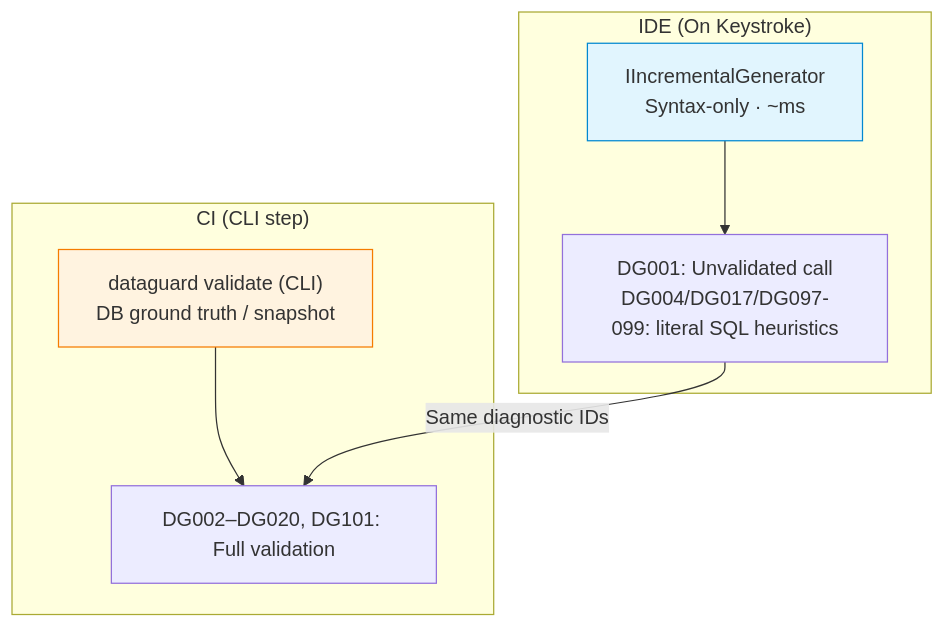
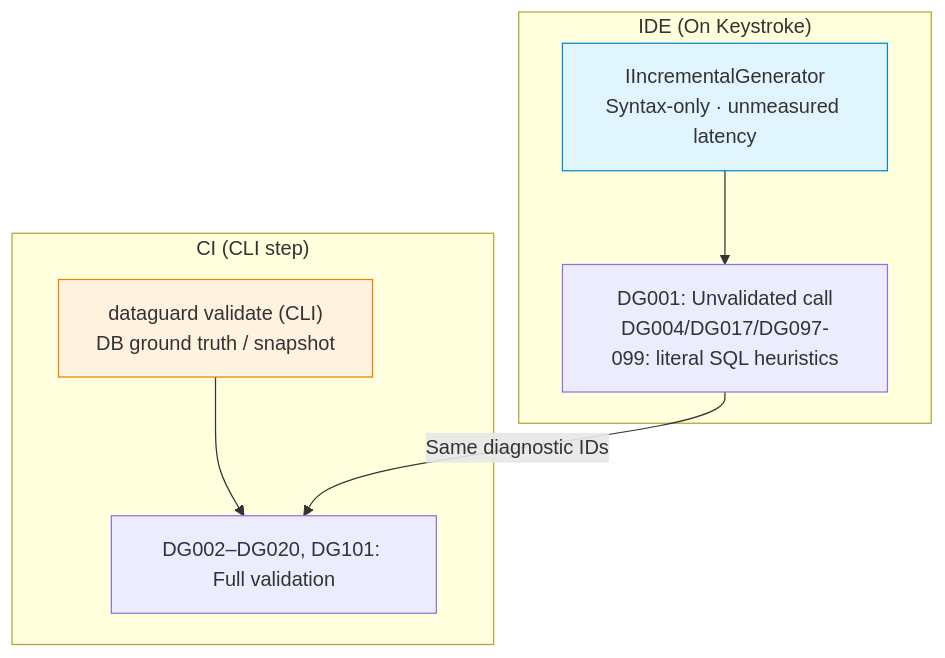
The sixth of 8 diagrams in docs/02-architecture/design-philosophy.md (thanhnt-sm/eco_support_net_oracle), drawn with Mermaid before and after one commit. The commit also changed other lines of this file and 98 other files, not shown here.

````diff
--- a/docs/02-architecture/design-philosophy.md
+++ b/docs/02-architecture/design-philosophy.md
@@ -212,17 +212,17 @@
 ```mermaid
 flowchart TD
     subgraph "IDE (On Keystroke)"
-        A["IIncrementalGenerator<br/>Syntax-only · ~ms"]
+        A["IIncrementalGenerator<br/>Syntax-only · unmeasured latency"]
         A --> B["DG001: Unvalidated call<br/>DG004/DG017/DG097-099: literal SQL heuristics"]
     end
 
     subgraph "CI (CLI step)"
         C["dataguard validate (CLI)<br/>DB ground truth / snapshot"]
         C --> D["DG002–DG020, DG101: Full validation"]
     end
 
     B -->|"Same diagnostic IDs"| D
 
     style A fill:#e1f5fe,stroke:#0288d1
     style C fill:#fff3e0,stroke:#f57c00
 ```
````
